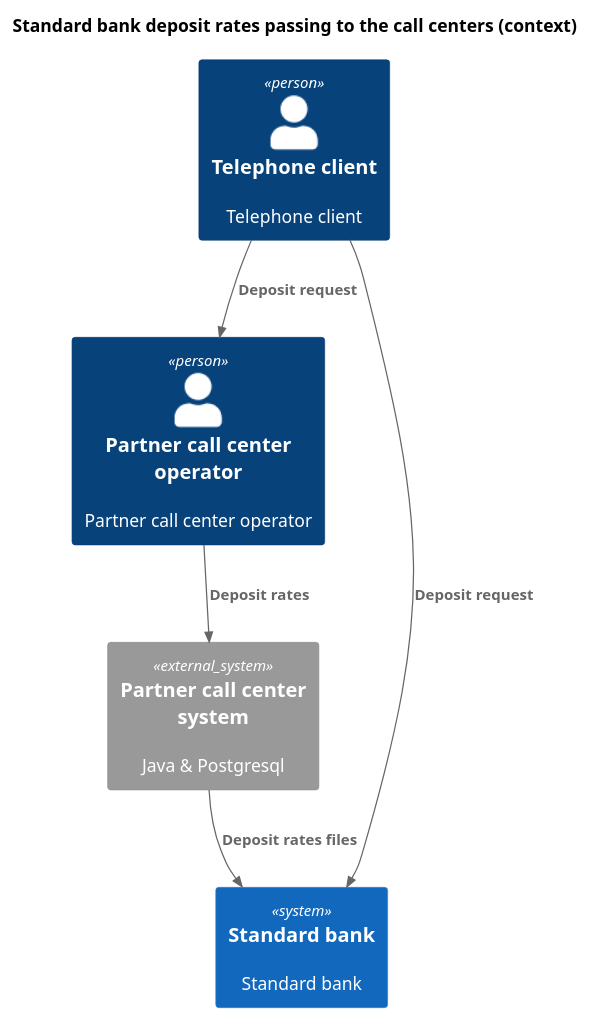
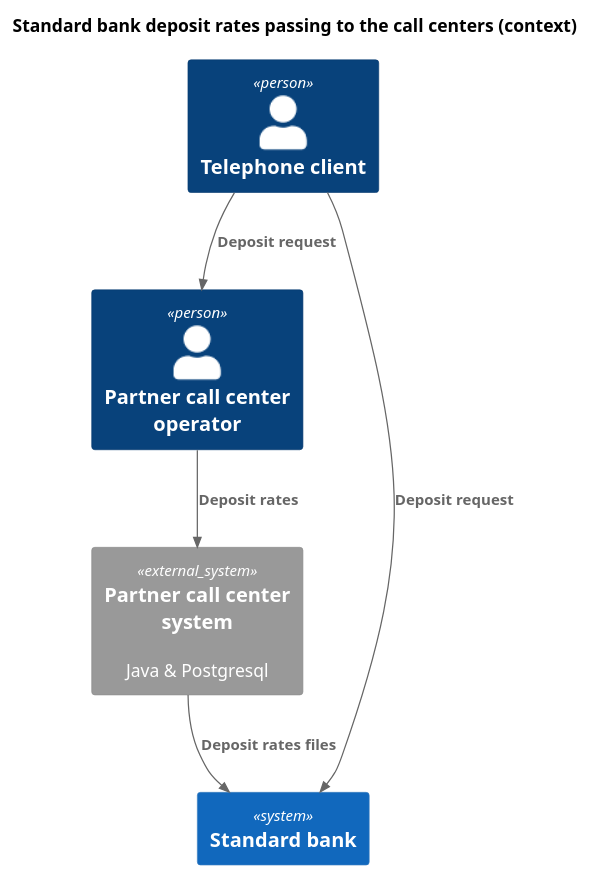
The diagram in task4_additional_requirements/deposit_rates_to_call_centers_c4_context.puml (turistigor/yap-arch-task3-bank), drawn with PlantUML before and after one commit. The commit also changed 26 other files, not shown here.

```diff
--- a/task4_additional_requirements/deposit_rates_to_call_centers_c4_context.puml
+++ b/task4_additional_requirements/deposit_rates_to_call_centers_c4_context.puml
@@ -1,30 +1,30 @@
 @startuml  deposit_rates_to_call_center_context
 
 ' Initial settings:
 
 title Standard bank deposit rates passing to the call centers (context)
 
 top to bottom direction
 
 !include ./lib/C4_Context.puml
 
 
 ' Actors & components:
 
-Person(phone_client, "Telephone client", "Telephone client")
-Person(partner_op, "Partner call center operator", "Partner call center operator")
+Person(phone_client, "Telephone client")
+Person(partner_op, "Partner call center operator")
 
-System(bank, "Standard bank", "Standard bank")
+System(bank, "Standard bank")
 System_Ext(partner_call_center_system, "Partner call center system", "Java & Postgresql")
 
 
 ' Relations:
 
 Rel(phone_client, bank, "Deposit request")
 
 Rel(phone_client, partner_op, "Deposit request")
 Rel(partner_op, partner_call_center_system, "Deposit rates")
 Rel(partner_call_center_system, bank, "Deposit rates files")
 
 
 @enduml
```
